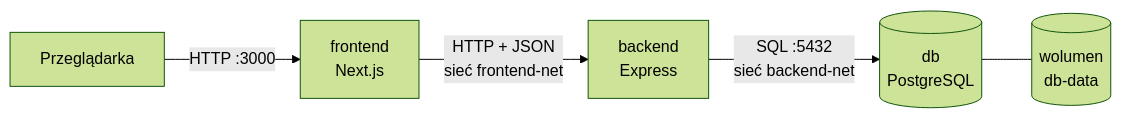
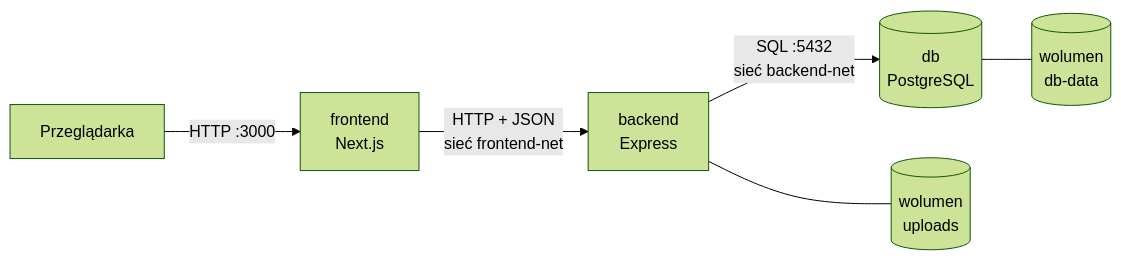
Before and after one commit to mikipiki082/Metody_wirtualizacji_projekt: the diagram in README.md, drawn with Mermaid (forest theme). The commit also changed other lines of this file, not shown here.

````diff
--- a/README.md
+++ b/README.md
@@ -12,7 +12,8 @@
 ```mermaid
 flowchart LR
     U[Przeglądarka] -->|HTTP :3000| F[frontend<br/>Next.js]
     F -->|"HTTP + JSON<br/>sieć frontend-net"| B[backend<br/>Express]
     B -->|"SQL :5432<br/>sieć backend-net"| D[(db<br/>PostgreSQL)]
     D --- V[(wolumen<br/>db-data)]
+    B --- Z[(wolumen<br/>uploads)]
 ```
````
